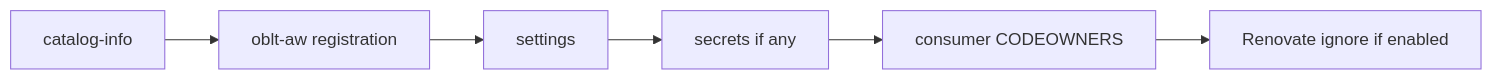
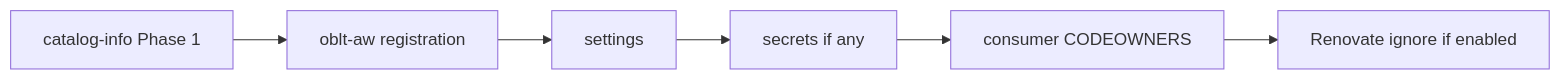
Before and after one commit to elastic/oblt-aw: the second of 2 diagrams in docs/user-guide/onboard-a-repository.md, drawn with Mermaid. The commit also changed other lines of this file and 10 other files, not shown here.

First line of the commit message:
Split onboard into Phase 1 catalog and Phase 2 checkbox triggers

````diff
--- a/docs/user-guide/onboard-a-repository.md
+++ b/docs/user-guide/onboard-a-repository.md
@@ -56,8 +68,8 @@
    ```mermaid
    flowchart LR
-     C1[catalog-info] --> C2[oblt-aw registration]
+     C1[catalog-info Phase 1] --> C2[oblt-aw registration]
      C2 --> C3[settings]
      C3 --> C4[secrets if any]
      C4 --> C5[consumer CODEOWNERS]
      C5 --> C6[Renovate ignore if enabled]
    ```
````
